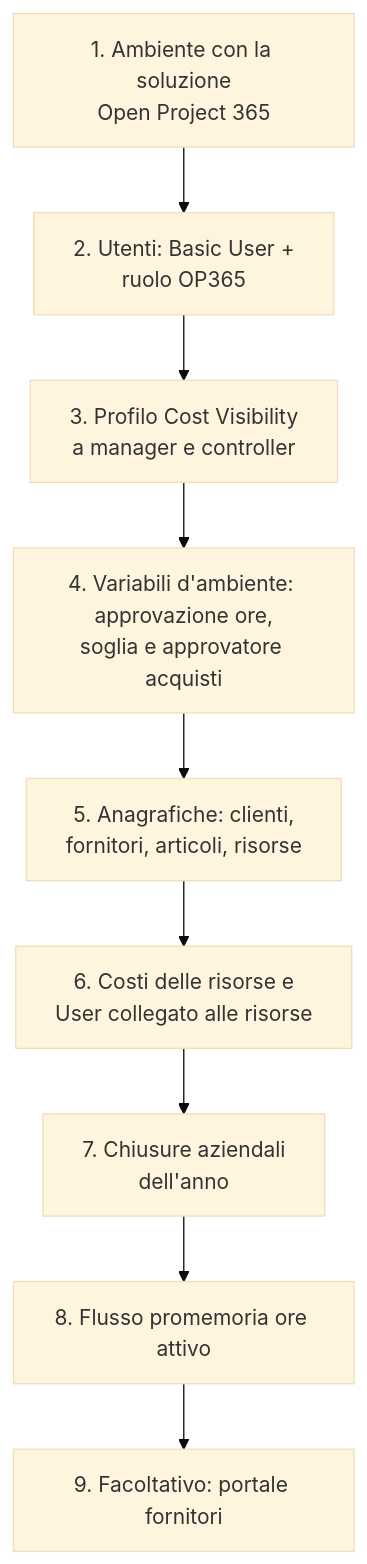
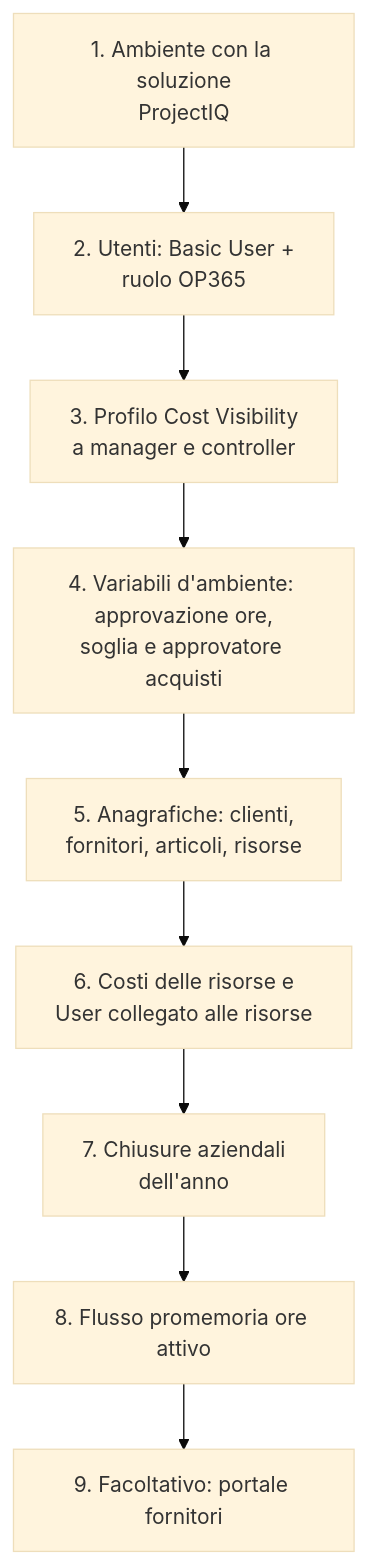
One commit to Power-Builders-Italia/ProjectIQ changed the first of 2 diagrams in docs/it/administration.md. Above: the diagram before and after it, drawn with Mermaid (base theme). The commit also changed other lines of this file and 84 other files, not shown here.

First line of the commit message:
Rebrand product from Open Project 365 to ProjectIQ (#52)

````diff
--- a/docs/it/administration.md
+++ b/docs/it/administration.md
@@ -12,11 +12,11 @@
 ```mermaid
 flowchart TD
-    A[1. Ambiente con la soluzione<br/>Open Project 365] --> B[2. Utenti: Basic User +<br/>ruolo OP365]
+    A[1. Ambiente con la soluzione<br/>ProjectIQ] --> B[2. Utenti: Basic User +<br/>ruolo OP365]
     B --> C[3. Profilo Cost Visibility<br/>a manager e controller]
     C --> D[4. Variabili d'ambiente: approvazione ore,<br/>soglia e approvatore acquisti]
     D --> E[5. Anagrafiche: clienti,<br/>fornitori, articoli, risorse]
     E --> F[6. Costi delle risorse e<br/>User collegato alle risorse]
     F --> G[7. Chiusure aziendali<br/>dell'anno]
     G --> H[8. Flusso promemoria ore attivo]
     H --> I[9. Facoltativo: portale fornitori]
 ```
````
